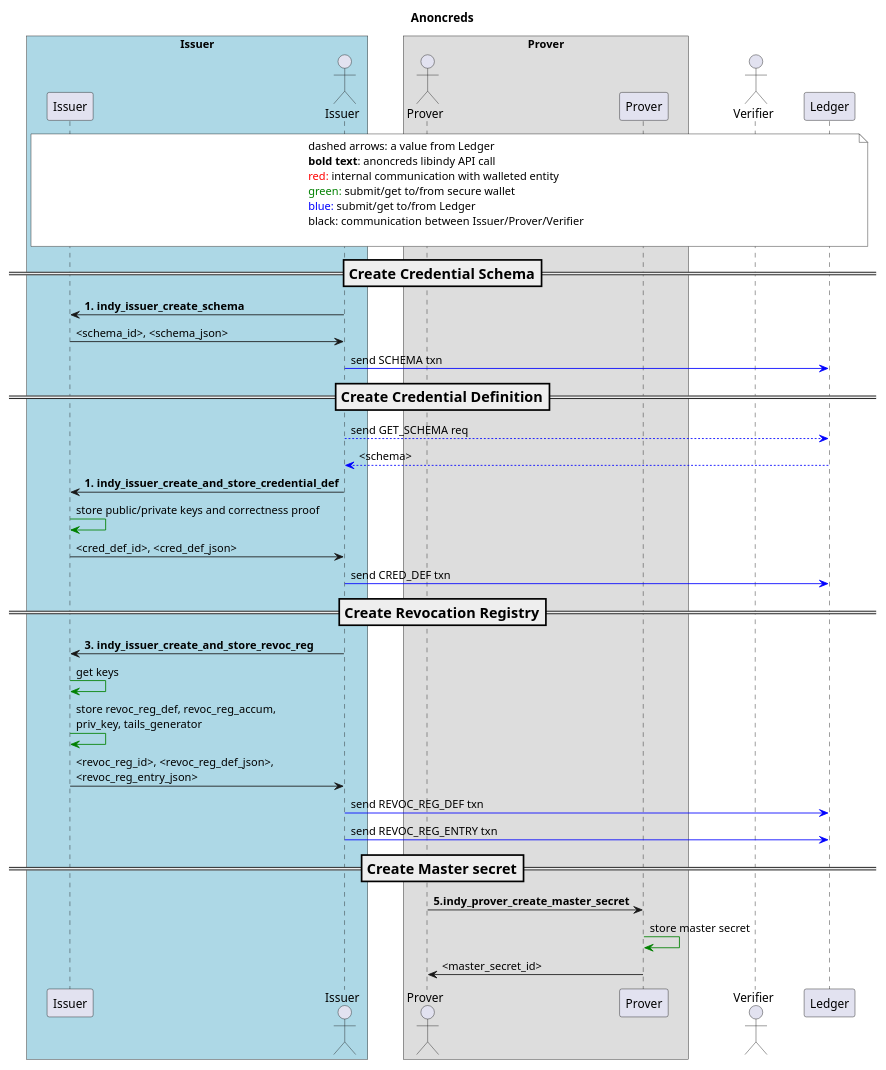
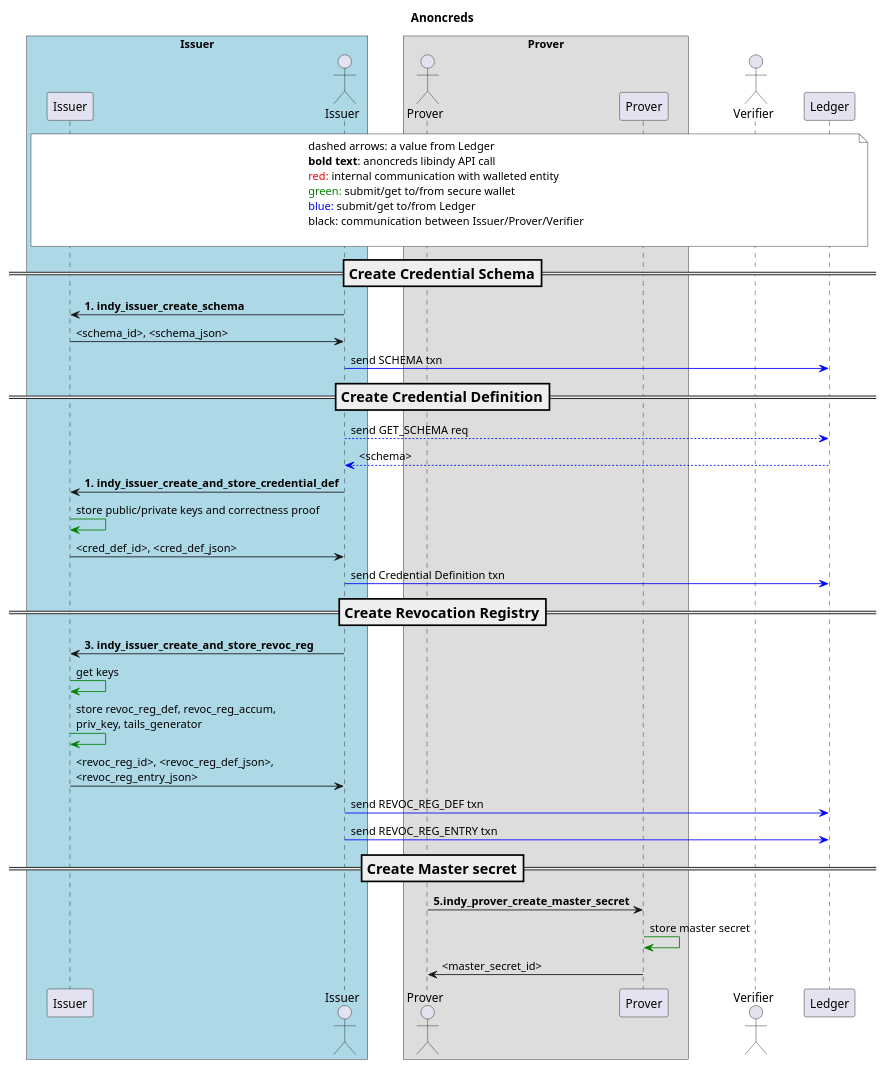
Before and after one commit to hyperledger/anoncreds-spec: the diagram in spec/diagrams/setup-workflow.puml, drawn with PlantUML. The commit also changed 3 other files, not shown here.

Commit message:
update credential definition data model

```diff
--- a/spec/diagrams/setup-workflow.puml
+++ b/spec/diagrams/setup-workflow.puml
@@ -1,65 +1,65 @@
 @startuml
 skinparam ParticipantPadding 20
 skinparam BoxPadding 20
 
 title Anoncreds
 scale 0.9
 
 
 box "Issuer" #LightBlue
 participant "Issuer" as IW
 actor Issuer as I
 endbox
 
 box "Prover"
 actor Prover as P
 participant "Prover" as PW
 endbox
 
 actor Verifier as V
 
 participant "Ledger" as L
 
 
 note over IW, L #white
     dashed arrows: a value from Ledger
     <b>bold text</b>: anoncreds libindy API call
     <font color=red>red:</font> internal communication with walleted entity
     <font color=green>green:</font> submit/get to/from secure wallet
     <font color=blue>blue:</font> submit/get to/from Ledger
     black: communication between Issuer/Prover/Verifier
 
 endnote
 
 
 === Create Credential Schema ==
 I -> IW: <b>1. indy_issuer_create_schema
 IW -> I: <schema_id>, <schema_json>
 
 I-[#blue]>L: send SCHEMA txn
 
 === Create Credential Definition ==
 I -[#blue]-> L: send GET_SCHEMA req
 L -[#blue]-> I: <schema>
 I -> IW: <b>1. indy_issuer_create_and_store_credential_def
 IW -[#green]> IW: store public/private keys and correctness proof
 IW -> I: <cred_def_id>, <cred_def_json>
 
-I-[#blue]>L: send CRED_DEF txn
+I-[#blue]>L: send Credential Definition txn
 
 === Create Revocation Registry ==
 
 I -> IW: <b>3. indy_issuer_create_and_store_revoc_reg
 IW -[#green]> IW: get keys
 IW -[#green]> IW: store revoc_reg_def, revoc_reg_accum, \npriv_key, tails_generator
 IW -> I: <revoc_reg_id>, <revoc_reg_def_json>, \n<revoc_reg_entry_json>
 
 I-[#blue]>L: send REVOC_REG_DEF txn
 I-[#blue]>L: send REVOC_REG_ENTRY txn
 
 === Create Master secret ==
 
 P -> PW: <b>5.indy_prover_create_master_secret
 PW -[#green]> PW: store master secret
 PW -> P: <master_secret_id>
 @enduml
```
